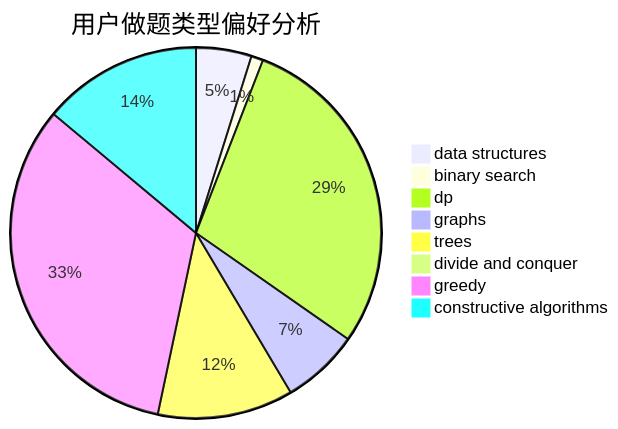
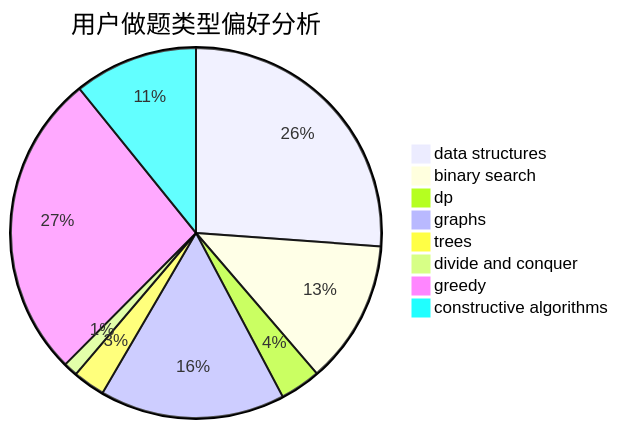
One commit to sherpahu/cfrs.github.io changed the second of 3 diagrams in docs/user/u660.md. Above: the diagram before and after it, drawn with Mermaid. The commit also changed other lines of this file and 2770 other files, not shown here.

````diff
--- a/docs/user/u660.md
+++ b/docs/user/u660.md
@@ -23,11 +23,11 @@
 ```mermaid
 pie title 用户做题类型偏好分析
-    "data structures" :  65
-    "binary search" :  14
-    "dp" :  387
-    "graphs" :  91
-    "trees" :  159
-    "divide and conquer" :  0
-    "greedy" :  440
-    "constructive algorithms" :  187
+    "data structures" :  317
+    "binary search" :  152
+    "dp" :  43
+    "graphs" :  196
+    "trees" :  34
+    "divide and conquer" :  15
+    "greedy" :  324
+    "constructive algorithms" :  131
 ```
````
